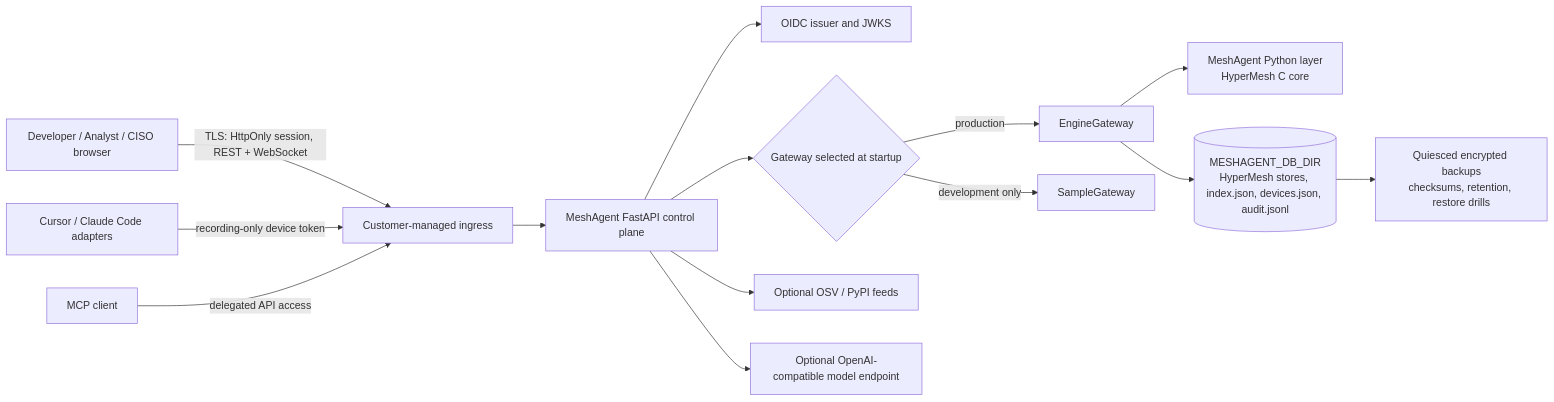
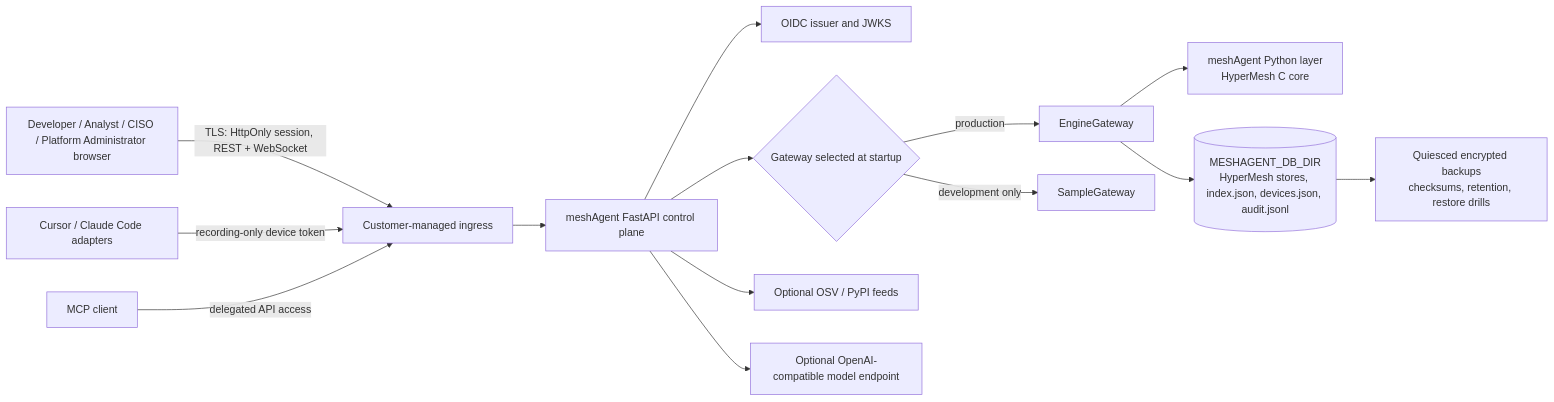
The diagram in README.md (sree181/Nexus-latest), drawn with Mermaid before and after one commit. The commit also changed other lines of this file and 2 other files, not shown here.

Commit message:
docs(cursor): add complete architecture and development guide

````diff
--- a/README.md
+++ b/README.md
@@ -9,16 +9,16 @@
 ```mermaid
 flowchart LR
-    U[Developer / Analyst / CISO browser] -->|TLS: HttpOnly session, REST + WebSocket| I[Customer-managed ingress]
+    U[Developer / Analyst / CISO / Platform Administrator browser] -->|TLS: HttpOnly session, REST + WebSocket| I[Customer-managed ingress]
     A[Cursor / Claude Code adapters] -->|recording-only device token| I
     M[MCP client] -->|delegated API access| I
-    I --> API[MeshAgent FastAPI control plane]
+    I --> API[meshAgent FastAPI control plane]
     API --> AUTH[OIDC issuer and JWKS]
     API --> G{Gateway selected at startup}
     G -->|production| EG[EngineGateway]
     G -->|development only| SG[SampleGateway]
-    EG --> HM[MeshAgent Python layer\nHyperMesh C core]
+    EG --> HM[meshAgent Python layer\nHyperMesh C core]
     EG --> STATE[(MESHAGENT_DB_DIR\nHyperMesh stores, index.json, devices.json, audit.jsonl)]
     API --> FEEDS[Optional OSV / PyPI feeds]
     API --> MODEL[Optional OpenAI-compatible model endpoint]
     STATE --> B[Quiesced encrypted backups\nchecksums, retention, restore drills]
 ```
````
